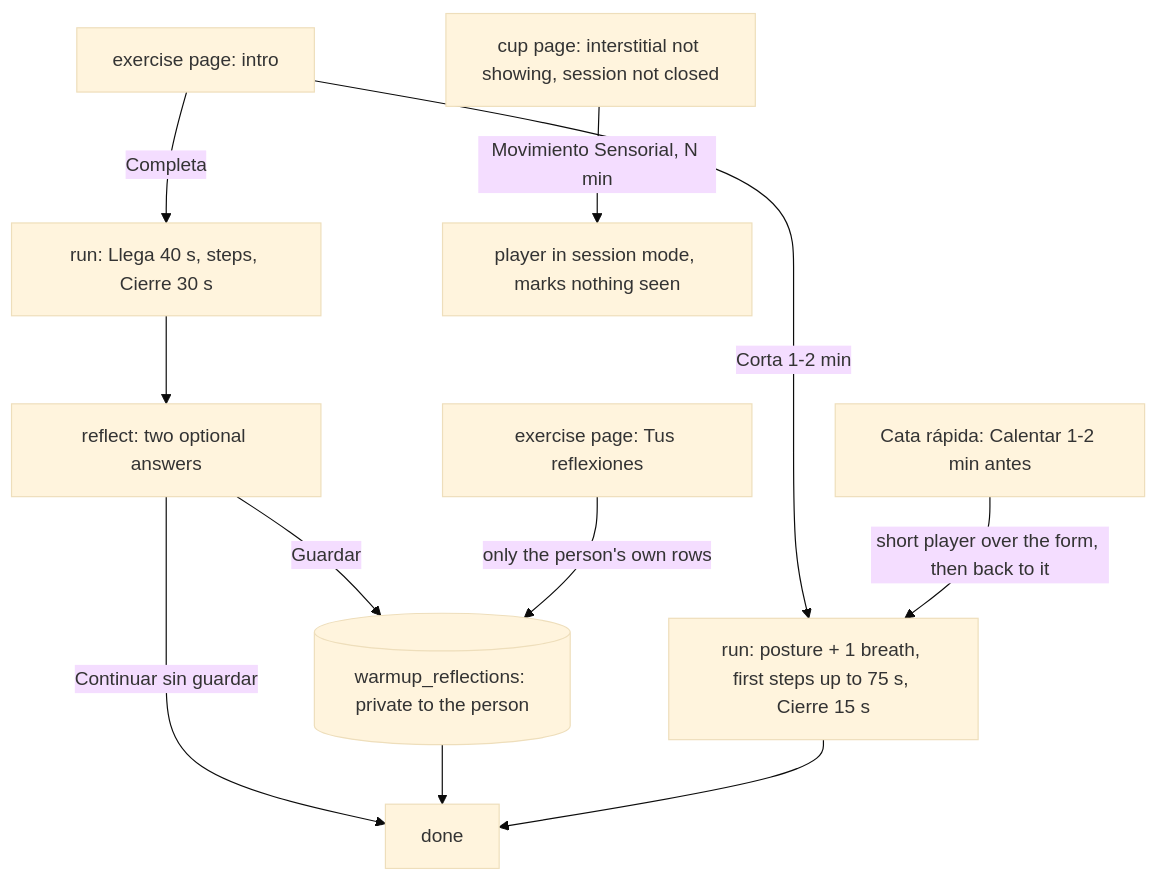
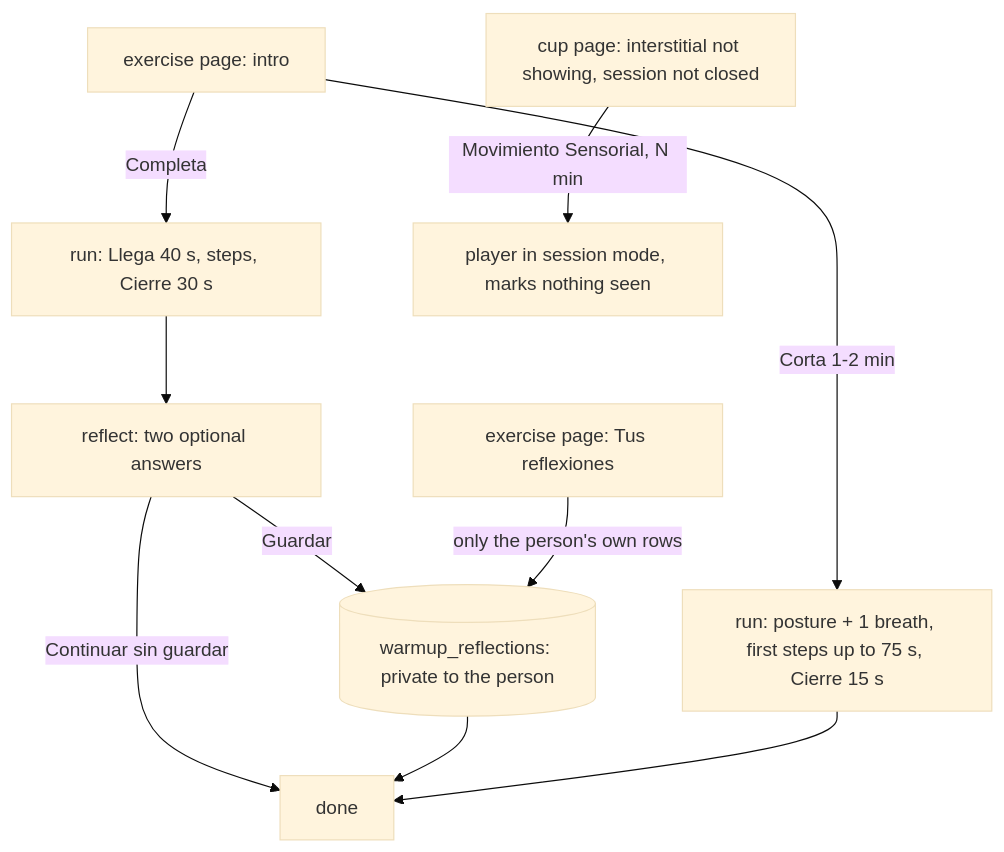
The fifth of 22 diagrams in docs/flows.md (ricardovelezd27/cata-cafe), drawn with Mermaid (base theme) before and after one commit. The commit also changed other lines of this file and 11 other files, not shown here.

First line of the commit message:
OR-A: Cata rápida starts at 1 sample with no warm-up; Movimiento sensorial only in the navigation

````diff
--- a/docs/flows.md
+++ b/docs/flows.md
@@ -518,13 +518,12 @@
 ```mermaid
 flowchart TD
   L["exercise page: intro"] -->|"Completa"| RUN["run: Llega 40 s, steps, Cierre 30 s"]
   L -->|"Corta 1-2 min"| SHORT["run: posture + 1 breath, first steps up to 75 s, Cierre 15 s"]
   RUN --> REF["reflect: two optional answers"]
   REF -->|"Guardar"| SAVE[("warmup_reflections: private to the person")]
   REF -->|"Continuar sin guardar"| DONE["done"]
   SAVE --> DONE
   SHORT --> DONE
   PAGE["exercise page: Tus reflexiones"] -->|"only the person's own rows"| SAVE
-  EX["Cata rápida: Calentar 1-2 min antes"] -->|"short player over the form, then back to it"| SHORT
   CUP["cup page: interstitial not showing, session not closed"] -->|"Movimiento Sensorial, N min"| SESS["player in session mode, marks nothing seen"]
 ```
````
